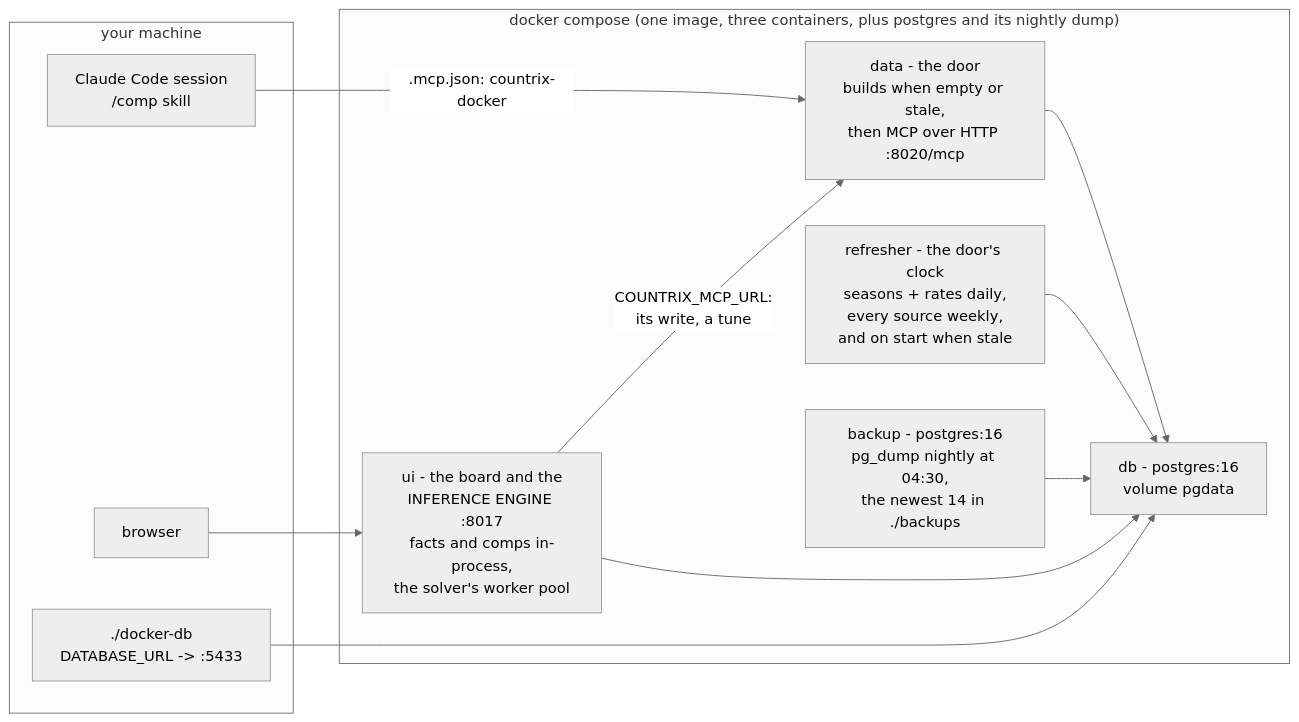
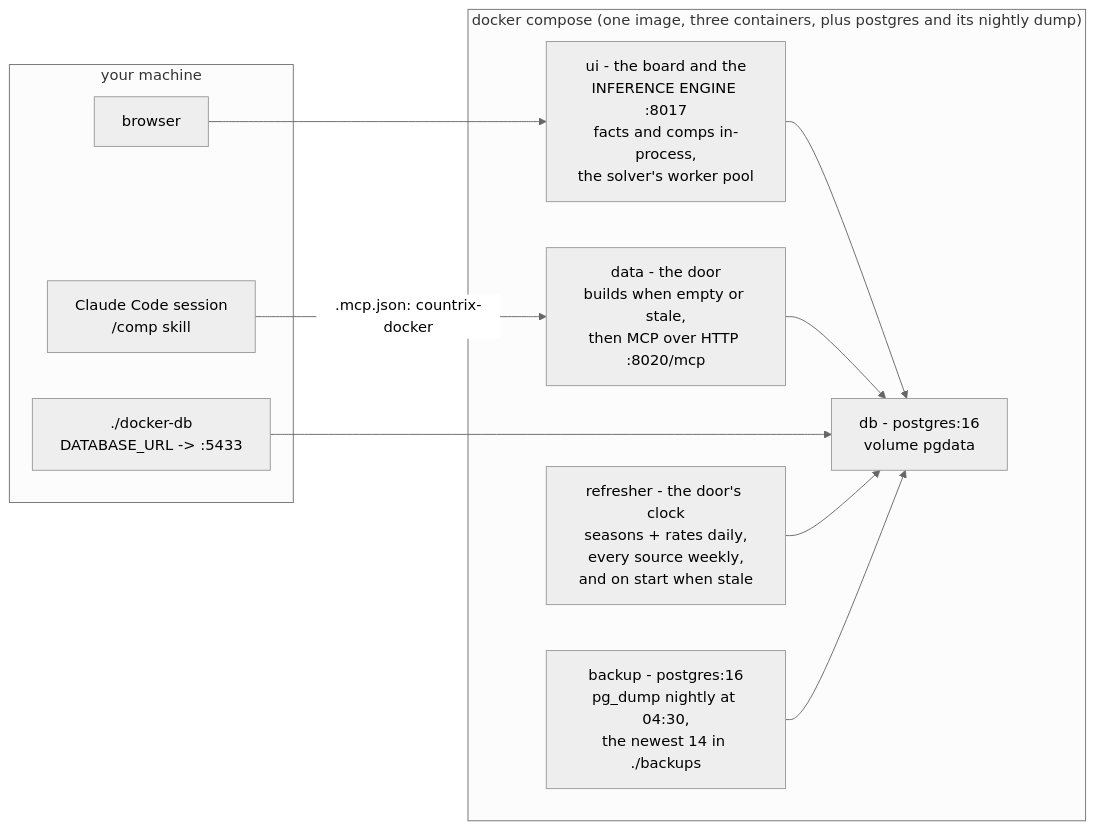
Before and after one commit to mmikol/countrix: the second of 2 diagrams in docs/architecture.md, drawn with Mermaid (neutral theme). The commit also changed other lines of this file and 40 other files, not shown here.

````diff
--- a/docs/architecture.md
+++ b/docs/architecture.md
@@ -120,23 +120,22 @@
 ```mermaid
 flowchart LR
     subgraph HOST["your machine"]
         SESSION["Claude Code session<br/>/comp skill"]
         BROWSER["browser"]
         SHELL["./docker-db<br/>DATABASE_URL -> :5433"]
     end
     subgraph DOCKER["docker compose (one image, three containers, plus postgres and its nightly dump)"]
         DATA["data - the door<br/>builds when empty or stale,<br/>then MCP over HTTP :8020/mcp"]
         UI["ui - the board and the<br/>INFERENCE ENGINE :8017<br/>facts and comps in-process,<br/>the solver's worker pool"]
         DBC["db - postgres:16<br/>volume pgdata"]
         REF["refresher - the door's clock<br/>seasons + rates daily,<br/>every source weekly,<br/>and on start when stale"]
         BAK["backup - postgres:16<br/>pg_dump nightly at 04:30,<br/>the newest 14 in ./backups"]
     end
     SESSION -->|".mcp.json: countrix-docker"| DATA
     BROWSER --> UI
-    UI -->|"COUNTRIX_MCP_URL:<br/>its write, a tune"| DATA
     UI --> DBC
     DATA --> DBC
     SHELL --> DBC
     REF --> DBC
     BAK --> DBC
 ```
````
